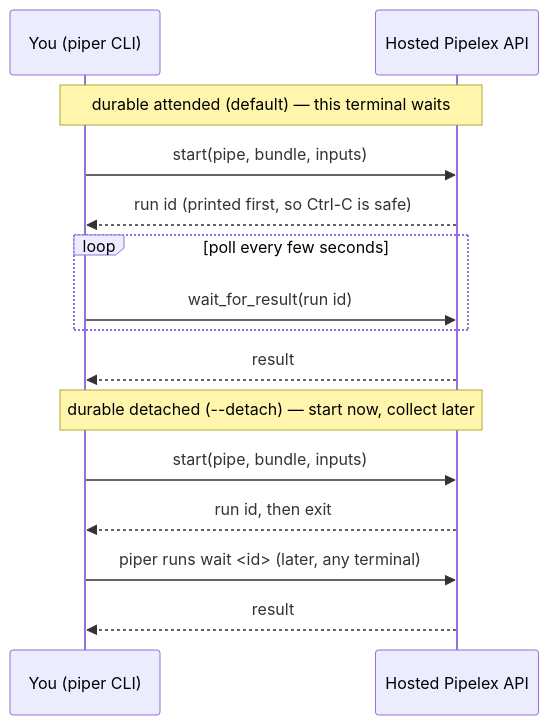
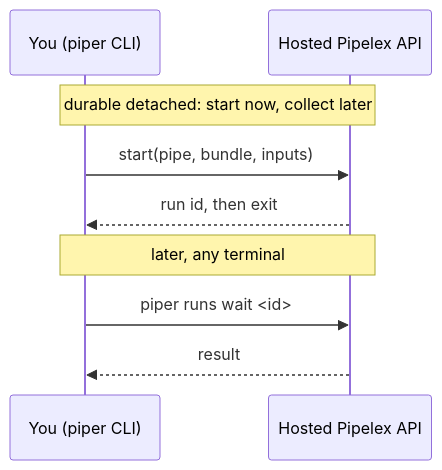
The fifth of 5 diagrams in README.md (Pipelex/pipelex-starter-python), drawn with Mermaid before and after one commit. The commit also changed other lines of this file, not shown here.

````diff
--- a/README.md
+++ b/README.md
@@ -185,17 +207,11 @@
 ```mermaid
 sequenceDiagram
     participant U as You (piper CLI)
     participant API as Hosted Pipelex API
-    Note over U,API: durable attended (default) — this terminal waits
-    U->>API: start(pipe, bundle, inputs)
-    API-->>U: run id (printed first, so Ctrl-C is safe)
-    loop poll every few seconds
-        U->>API: wait_for_result(run id)
-    end
-    API-->>U: result
-    Note over U,API: durable detached (--detach) — start now, collect later
+    Note over U,API: durable detached: start now, collect later
     U->>API: start(pipe, bundle, inputs)
     API-->>U: run id, then exit
-    U->>API: piper runs wait <id> (later, any terminal)
+    Note over U,API: later, any terminal
+    U->>API: piper runs wait <id>
     API-->>U: result
 ```
````
